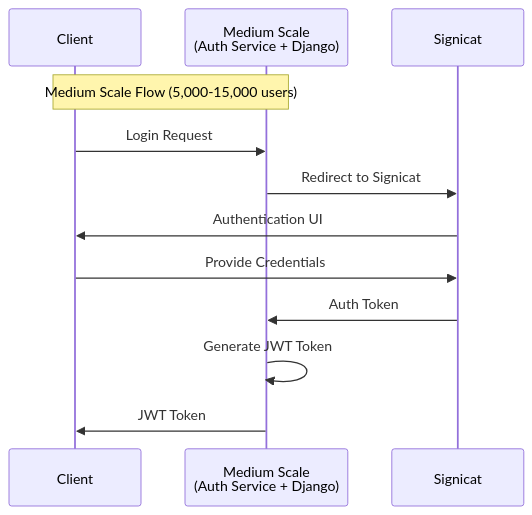
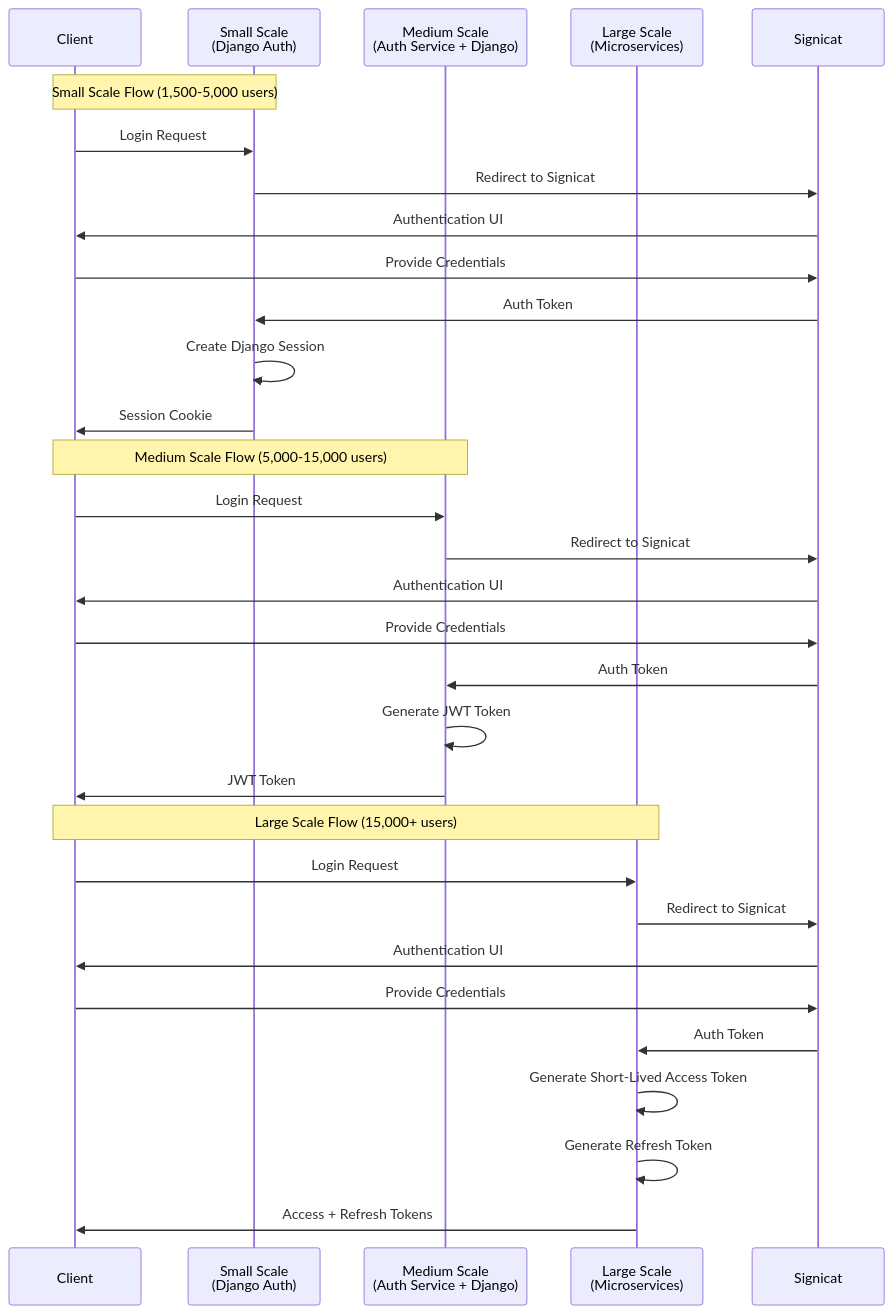
Before and after one commit to sjsivert/noteless-techical-presentation: the fifth of 10 diagrams in slides.md, drawn with Mermaid. The commit also changed other lines of this file, not shown here.

Commit message:
Update slides

````diff
--- a/slides.md
+++ b/slides.md
@@ -356,16 +357,36 @@
-```mermaid {scale: 0.7, theme: 'dark'}
+```mermaid {scale: 0.3, theme: 'dark'}
 sequenceDiagram
     participant C as Client
+    participant S1 as Small Scale<br>(Django Auth)
     participant S2 as Medium Scale<br>(Auth Service + Django)
+    participant S3 as Large Scale<br>(Microservices)
     participant Sig as Signicat
+    
+    Note over C,S1: Small Scale Flow (1,500-5,000 users)
+    C->>S1: Login Request
+    S1->>Sig: Redirect to Signicat
+    Sig->>C: Authentication UI
+    C->>Sig: Provide Credentials
+    Sig->>S1: Auth Token
+    S1->>S1: Create Django Session
+    S1->>C: Session Cookie
     
     Note over C,S2: Medium Scale Flow (5,000-15,000 users)
     C->>S2: Login Request
     S2->>Sig: Redirect to Signicat
     Sig->>C: Authentication UI
     C->>Sig: Provide Credentials
     Sig->>S2: Auth Token
     S2->>S2: Generate JWT Token
     S2->>C: JWT Token
-
+    
+    Note over C,S3: Large Scale Flow (15,000+ users)
+    C->>S3: Login Request
+    S3->>Sig: Redirect to Signicat
+    Sig->>C: Authentication UI
+    C->>Sig: Provide Credentials
+    Sig->>S3: Auth Token
+    S3->>S3: Generate Short-Lived Access Token
+    S3->>S3: Generate Refresh Token
+    S3->>C: Access + Refresh Tokens
 ```
````
